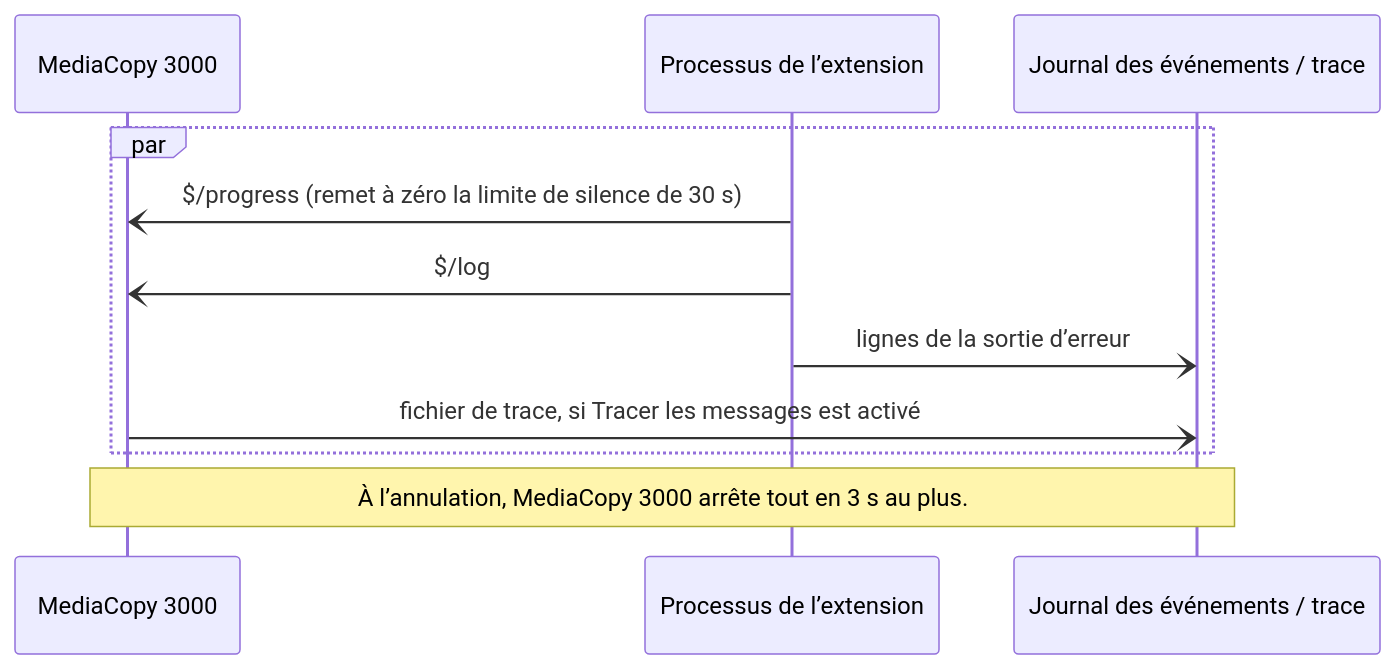
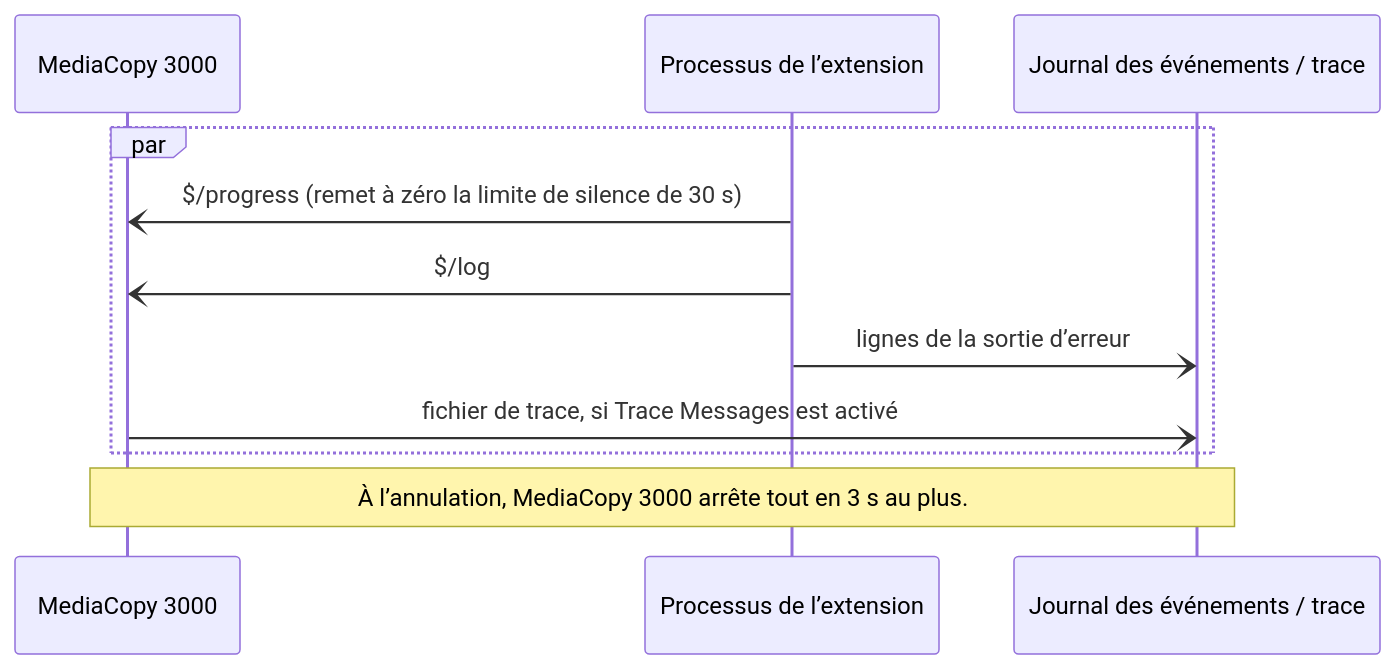
The fourth of 4 diagrams in manual/fr/plugins.md (Floreal-Technologies/MediaCopy3000), drawn with Mermaid before and after one commit. The commit also changed other lines of this file and 55 other files, not shown here.

````diff
--- a/manual/fr/plugins.md
+++ b/manual/fr/plugins.md
@@ -363,14 +363,14 @@
 ```mermaid
 sequenceDiagram
-    participant MC3K as MediaCopy 3000
+    participant MC3K as MediaCopy 3000
     participant Plugin as Processus de l’extension
     participant Log as Journal des événements / trace
 
     par
-        Plugin-)MC3K: $/progress (remet à zéro la limite de silence de 30 s)
+        Plugin-)MC3K: $/progress (remet à zéro la limite de silence de 30 s)
         Plugin-)MC3K: $/log
         Plugin-)Log: lignes de la sortie d’erreur
-        MC3K-)Log: fichier de trace, si Tracer les messages est activé
+        MC3K-)Log: fichier de trace, si Trace Messages est activé
     end
-    note over MC3K,Log: À l’annulation, MediaCopy 3000 arrête tout en 3 s au plus.
+    note over MC3K,Log: À l’annulation, MediaCopy 3000 arrête tout en 3 s au plus.
 ```
````
